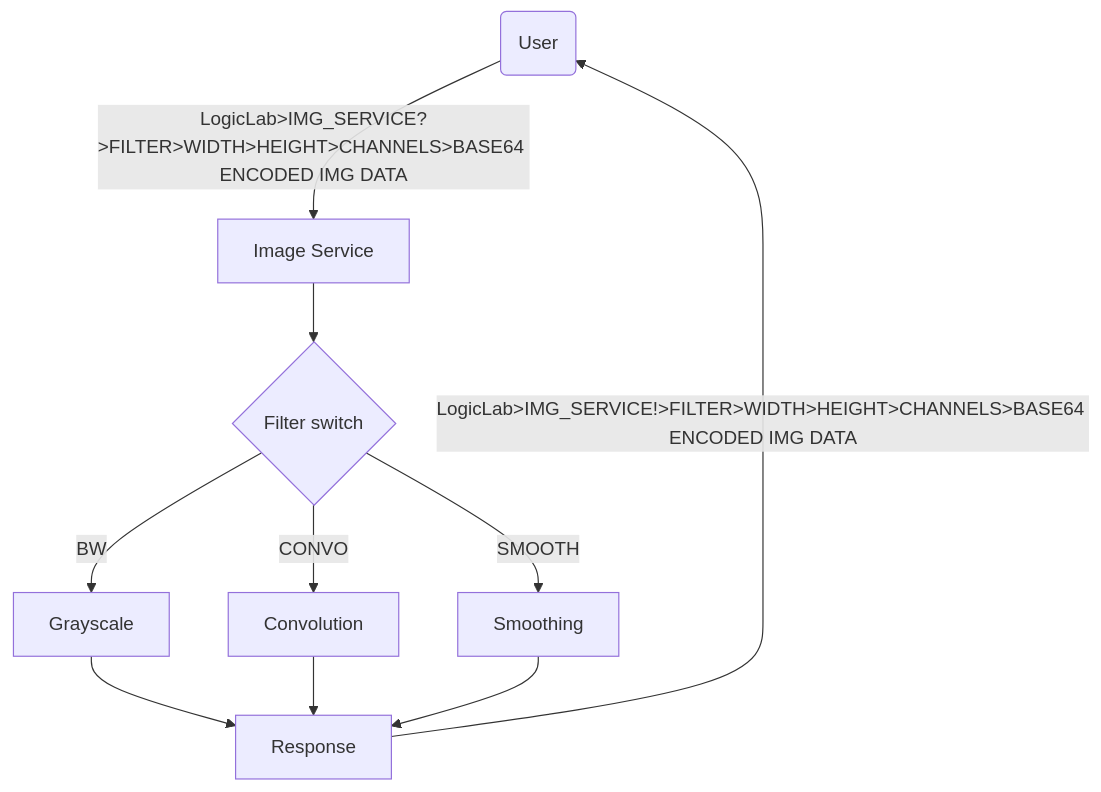
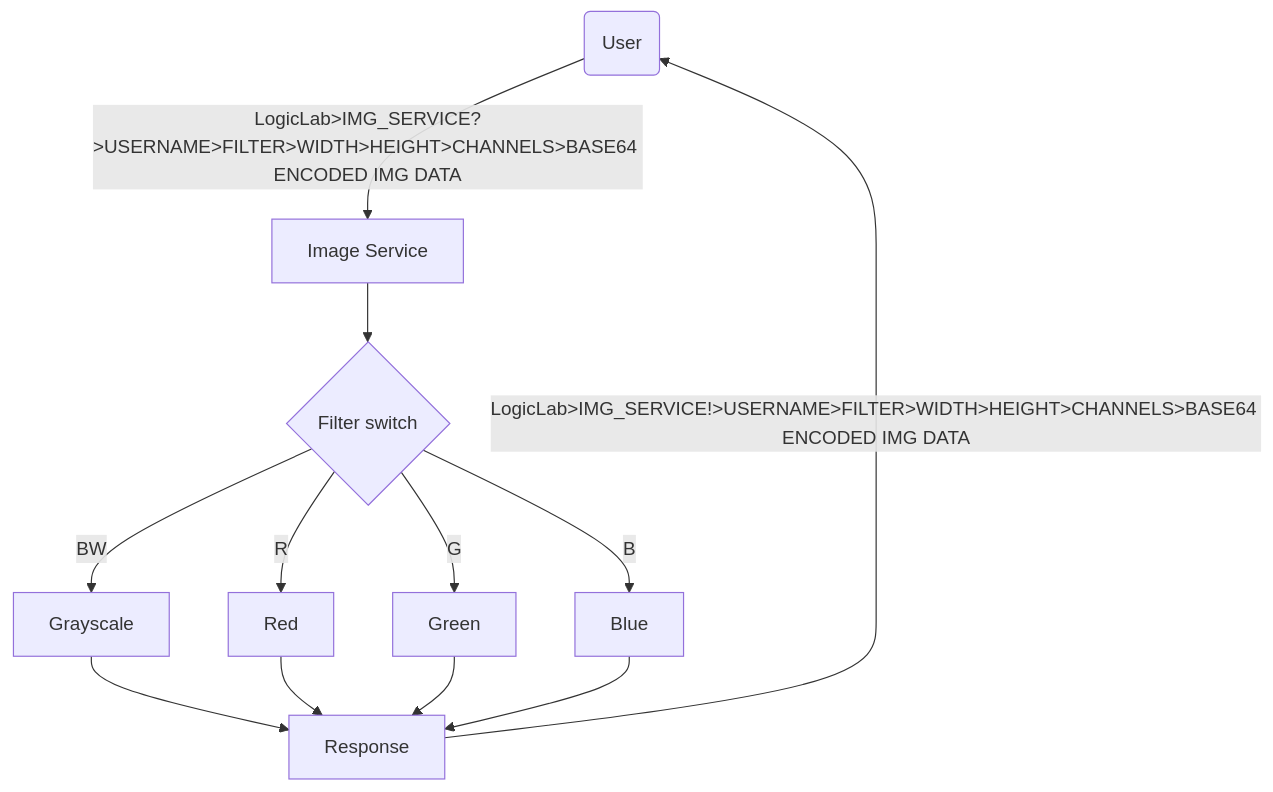
Before and after one commit to SeppeBudenaers/Network_Porgraming_PXL_2024: the diagram in READme.md, drawn with Mermaid. The commit also changed other lines of this file, not shown here.

````diff
--- a/READme.md
+++ b/READme.md
@@ -22,24 +11,26 @@
 ```mermaid
 flowchart TD
 User(User)
 Service[Image Service]
 Filter{Filter switch}
 
 Response[Response]
 
-User --> |LogicLab>IMG_SERVICE?>FILTER>WIDTH>HEIGHT>CHANNELS>BASE64 ENCODED IMG DATA| Service
+User --> |LogicLab>IMG_SERVICE?>USERNAME>FILTER>WIDTH>HEIGHT>CHANNELS>BASE64 ENCODED IMG DATA| Service
 Service --> Filter
 
 Filter --> |BW|BW[Grayscale]
-Filter --> |CONVO|CONVO[Convolution]
-Filter --> |SMOOTH|SMOOTH[Smoothing]
+Filter --> |R|R[Red]
+Filter --> |G|G[Green]
+Filter --> |B|B[Blue]
 
 BW --> Response
-CONVO --> Response
-SMOOTH -->Response
+R --> Response
+G -->Response
+B -->Response
 
-Response --> |LogicLab>IMG_SERVICE!>FILTER>WIDTH>HEIGHT>CHANNELS>BASE64 ENCODED IMG DATA|User
+Response --> |LogicLab>IMG_SERVICE!>USERNAME>FILTER>WIDTH>HEIGHT>CHANNELS>BASE64 ENCODED IMG DATA|User
 
 
 
 ```
````
